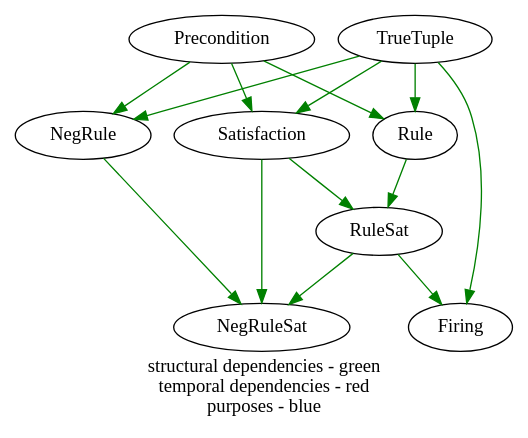
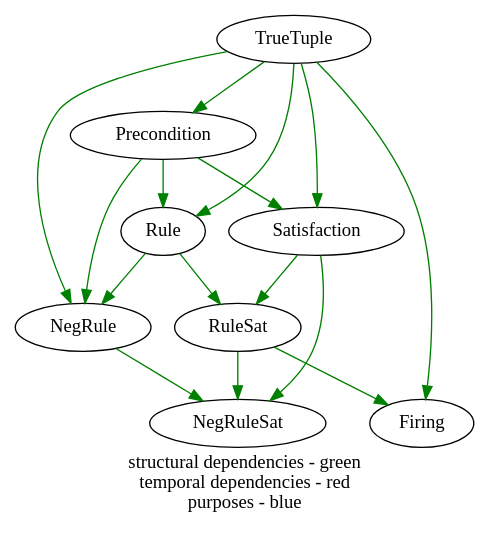
The diagram in doc/structural.dot (hefeix/google-gen), drawn with Graphviz before and after one commit. The commit also changed 6 other files, not shown here.

```diff
--- a/doc/structural.dot
+++ b/doc/structural.dot
@@ -1,16 +1,18 @@
 digraph components { // red green blue
 	graph [label= "structural dependencies - green\ntemporal dependencies - red\npurposes - blue"]; // red green blue
 	Precondition ->	Rule [color=green];
 	Precondition -> NegRule [color=green];
 	Precondition -> Satisfaction [color=green];
 	Satisfaction -> RuleSat [color=green];
 	Satisfaction -> NegRuleSat [color=green];
 	Rule -> RuleSat [color=green];
+	Rule -> NegRule [color=green];
 	NegRule -> NegRuleSat [color=green];
 	RuleSat -> NegRuleSat [color=green];
 	RuleSat -> Firing [color=green];
 	TrueTuple -> Satisfaction [color=green];
 	TrueTuple -> Firing [color=green];
 	TrueTuple -> Rule [color=green];
+	TrueTuple -> Precondition [color=green];
 	TrueTuple -> NegRule [color=green];
 } // red green blue
```
